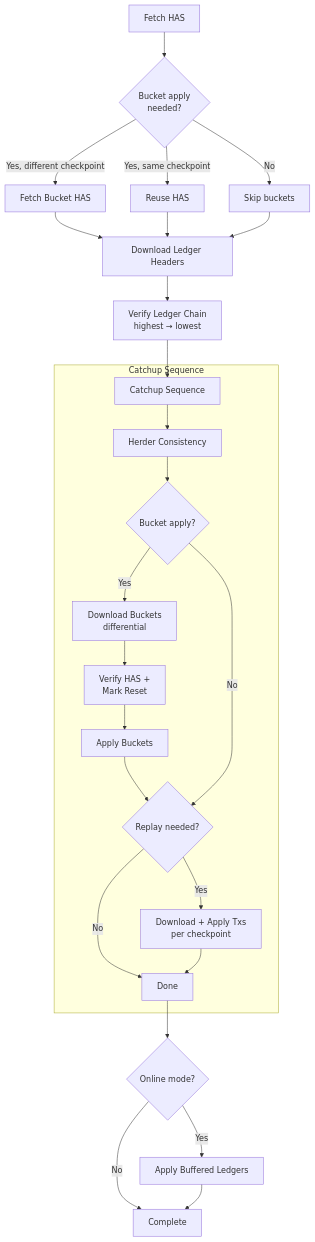
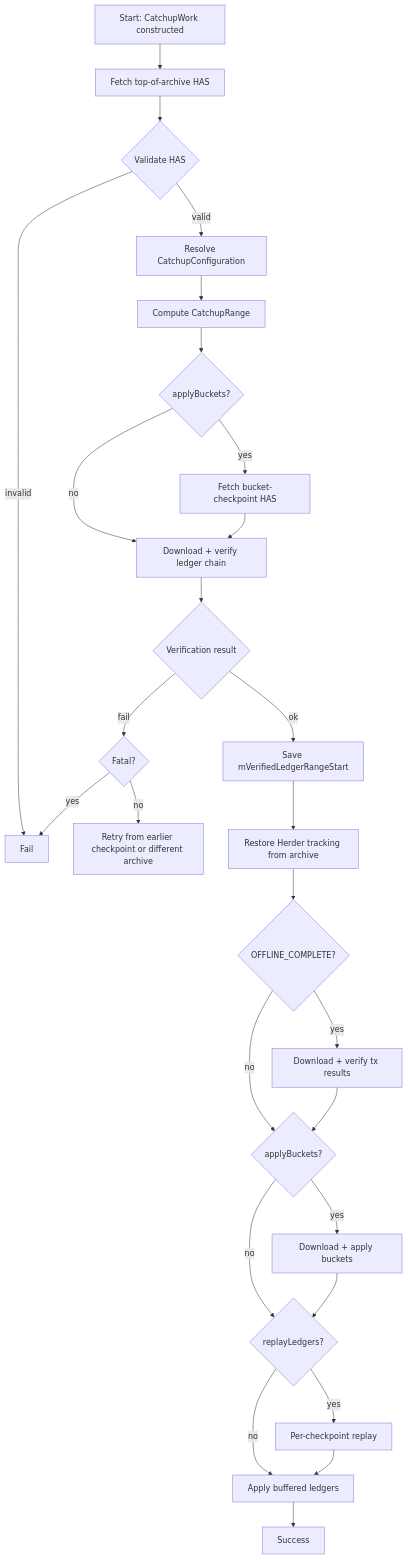
The second of 3 diagrams in CATCHUP_SPEC.md (stellar-experimental/stellar-spec), drawn with Mermaid before and after one commit. The commit also changed other lines of this file and 7 other files, not shown here.

````diff
--- a/CATCHUP_SPEC.md
+++ b/CATCHUP_SPEC.md
@@ -1281,33 +532,29 @@
 ```mermaid
-graph TD
-    A[Fetch HAS] --> B{Bucket apply<br>needed?}
-    B -->|Yes, different checkpoint| C[Fetch Bucket HAS]
-    B -->|Yes, same checkpoint| D[Reuse HAS]
-    B -->|No| E[Skip buckets]
-
-    C --> F[Download Ledger Headers]
-    D --> F
-    E --> F
-
-    F --> G[Verify Ledger Chain<br>highest → lowest]
-
-    G --> H[Catchup Sequence]
-
-    subgraph "Catchup Sequence"
-        H --> I[Herder Consistency]
-        I --> J{Bucket apply?}
-        J -->|Yes| K[Download Buckets<br>differential]
-        K --> L[Verify HAS +<br>Mark Reset]
-        L --> M[Apply Buckets]
-        M --> N{Replay needed?}
-        J -->|No| N
-        N -->|Yes| O[Download + Apply Txs<br>per checkpoint]
-        N -->|No| P[Done]
-        O --> P
-    end
-
-    P --> Q{Online mode?}
-    Q -->|Yes| R[Apply Buffered Ledgers]
-    Q -->|No| S[Complete]
-    R --> S
+flowchart TD
+    A[Start: CatchupWork constructed] --> B[Fetch top-of-archive HAS]
+    B --> C{Validate HAS}
+    C -->|invalid| FAIL[Fail]
+    C -->|valid| D[Resolve CatchupConfiguration]
+    D --> E[Compute CatchupRange]
+    E --> F{applyBuckets?}
+    F -->|yes| G[Fetch bucket-checkpoint HAS]
+    F -->|no| H[Download + verify ledger chain]
+    G --> H
+    H --> I{Verification result}
+    I -->|fail| J{Fatal?}
+    J -->|yes| FAIL
+    J -->|no| K[Retry from earlier checkpoint or different archive]
+    I -->|ok| L[Save mVerifiedLedgerRangeStart]
+    L --> M[Restore Herder tracking from archive]
+    M --> N{OFFLINE_COMPLETE?}
+    N -->|yes| O[Download + verify tx results]
+    N -->|no| P{applyBuckets?}
+    O --> P
+    P -->|yes| Q[Download + apply buckets]
+    P -->|no| R{replayLedgers?}
+    Q --> R
+    R -->|yes| S[Per-checkpoint replay]
+    R -->|no| T[Apply buffered ledgers]
+    S --> T
+    T --> U[Success]
 ```
````
